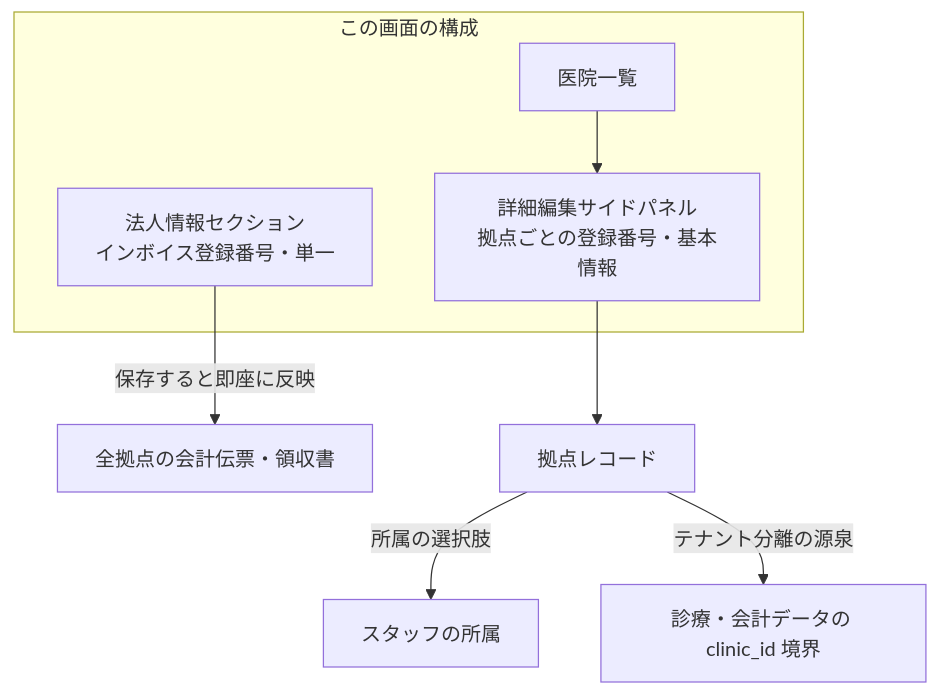
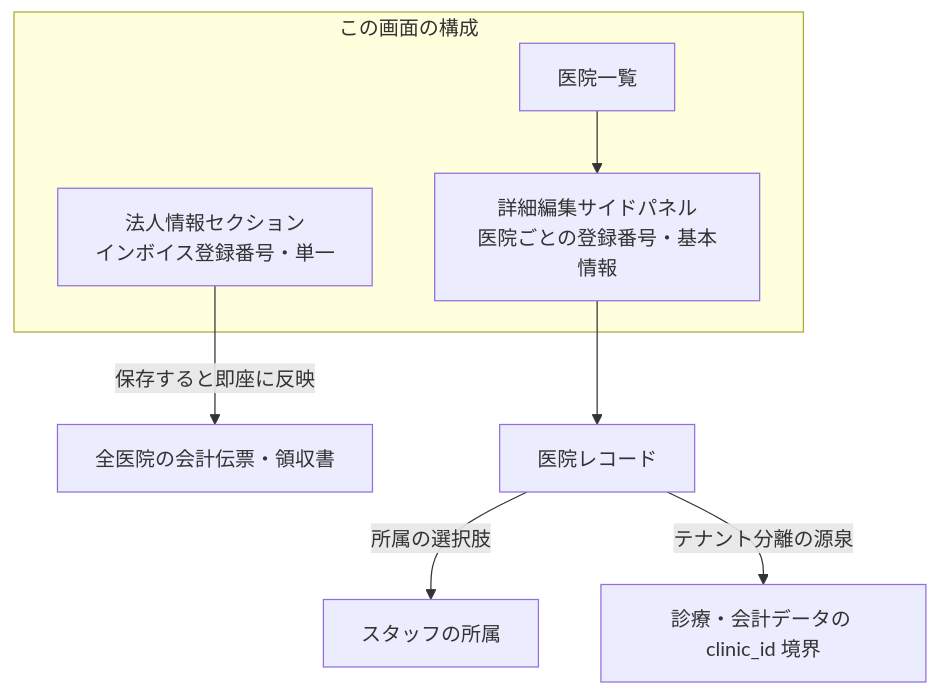
One commit to MinoruSoga/AnimalEkarte changed the diagram in docs/spec/screens/19-clinic-settings.md. Above: the diagram before and after it, drawn with Mermaid. The commit also changed other lines of this file and 276 other files, not shown here.

````diff
--- a/docs/spec/screens/19-clinic-settings.md
+++ b/docs/spec/screens/19-clinic-settings.md
@@ -33,13 +33,13 @@
 ```mermaid
 flowchart TB
     subgraph Screen["この画面の構成"]
         Company["法人情報セクション<br>インボイス登録番号・単一"]
         List["医院一覧"]
-        Panel["詳細編集サイドパネル<br>拠点ごとの登録番号・基本情報"]
+        Panel["詳細編集サイドパネル<br>医院ごとの登録番号・基本情報"]
         List --> Panel
     end
-    Company -->|保存すると即座に反映| Doc["全拠点の会計伝票・領収書"]
-    Panel --> Clinic["拠点レコード"]
+    Company -->|保存すると即座に反映| Doc["全医院の会計伝票・領収書"]
+    Panel --> Clinic["医院レコード"]
     Clinic -->|所属の選択肢| Staff["スタッフの所属"]
     Clinic -->|テナント分離の源泉| Tenant["診療・会計データの clinic_id 境界"]
 ```
````
